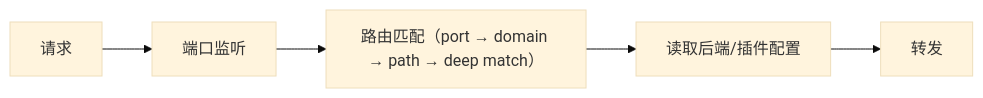
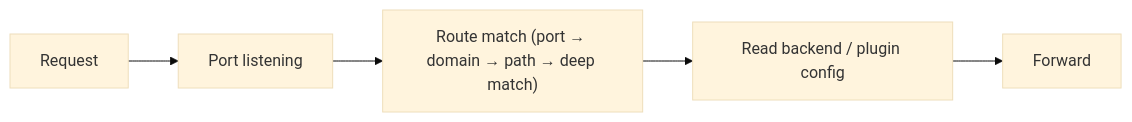
One commit to Pandaala/Edgion changed the fourth of 4 diagrams in skills/01-architecture/05-resources/00-resource-flow.md. Above: the diagram before and after it, drawn with Mermaid (base theme). The commit also changed other lines of this file and 1373 other files, not shown here.

````diff
--- a/skills/01-architecture/05-resources/00-resource-flow.md
+++ b/skills/01-architecture/05-resources/00-resource-flow.md
@@ -85,7 +85,7 @@
 ```mermaid
 flowchart LR
-    A[请求] --> B[端口监听]
-    B --> C["路由匹配（port → domain → path → deep match）"]
-    C --> D[读取后端/插件配置]
-    D --> E[转发]
+    A[Request] --> B[Port listening]
+    B --> C["Route match (port → domain → path → deep match)"]
+    C --> D[Read backend / plugin config]
+    D --> E[Forward]
 ```
````
